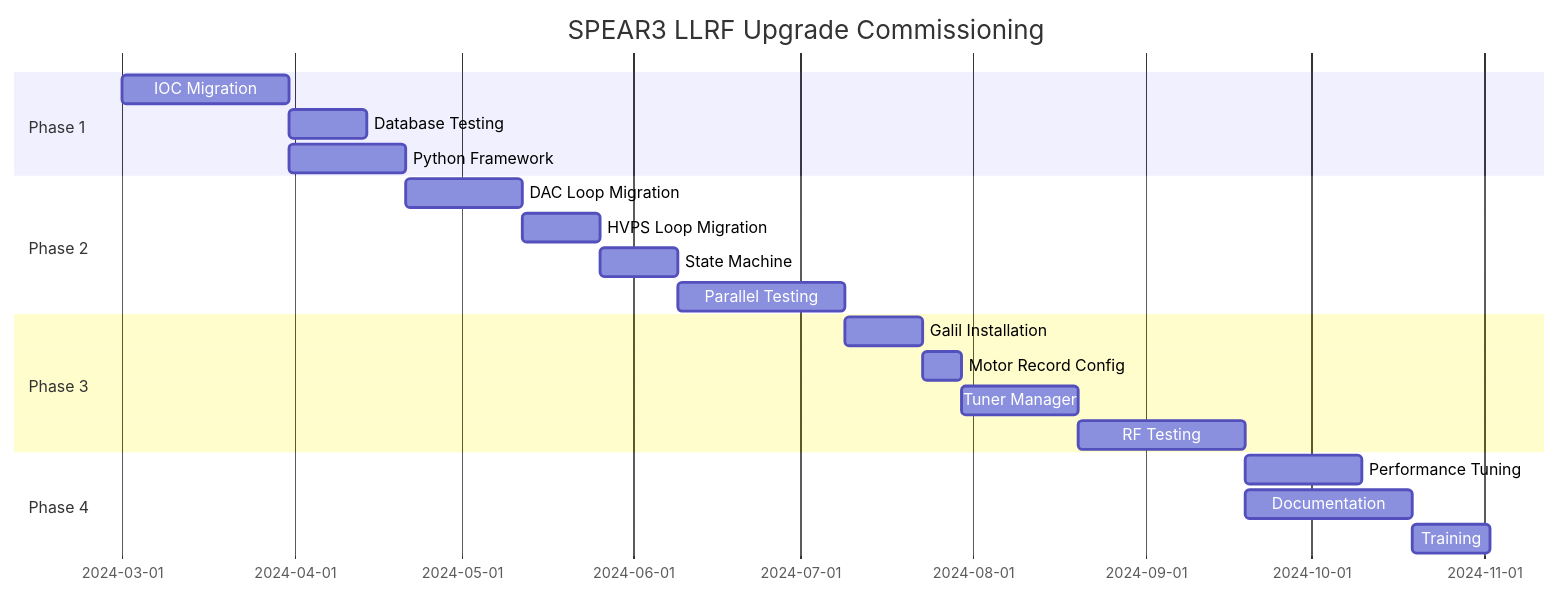
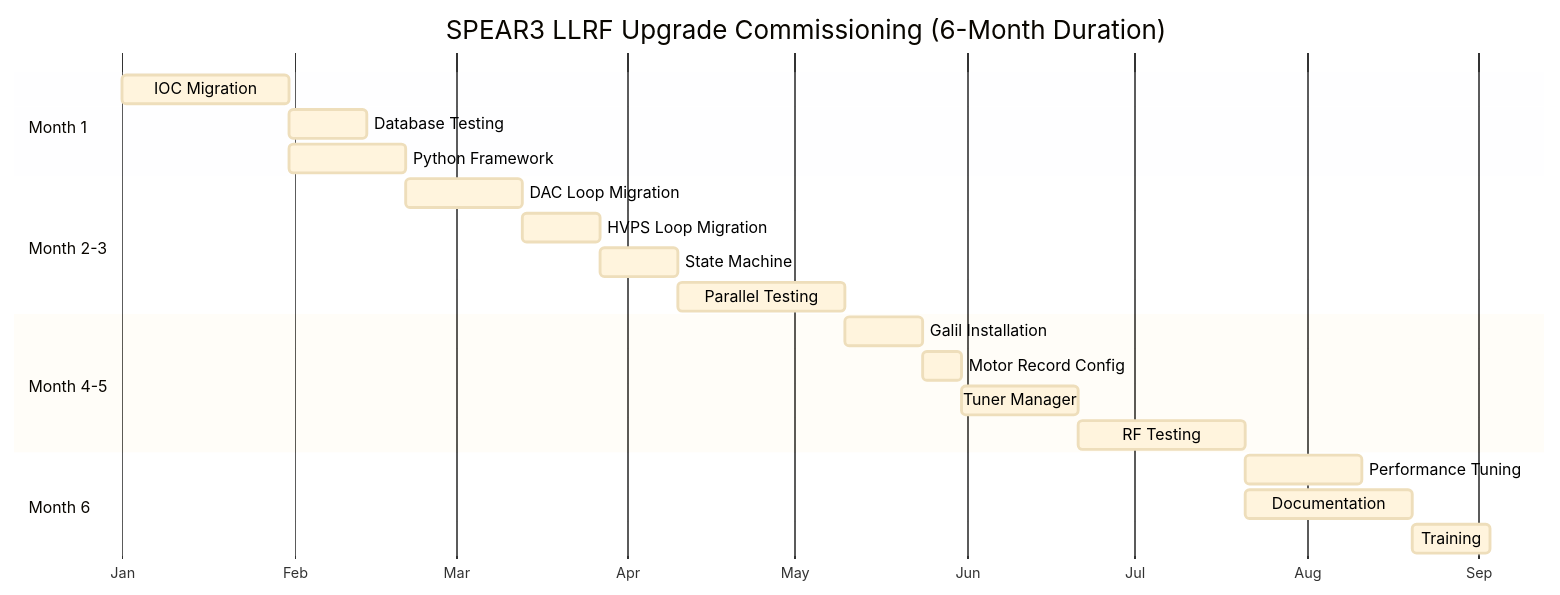
Diagram 18 of 18 in SPEAR3_LLRF_COMPREHENSIVE_ANALYSIS.md (fayaw/spearlegacyLLRF), drawn with Mermaid before and after one commit. The commit also changed other lines of this file, not shown here.

First line of the commit message:
Enhance diagram readability: larger fonts, better formatting, fix title blocking

````diff
--- a/SPEAR3_LLRF_COMPREHENSIVE_ANALYSIS.md
+++ b/SPEAR3_LLRF_COMPREHENSIVE_ANALYSIS.md
@@ -1196,26 +1196,28 @@
 ```mermaid
+%%{init: {'theme':'base', 'themeVariables': {'fontSize': '14px', 'fontFamily': 'Arial', 'primaryTextColor': '#000000'}}}%%
 gantt
- title SPEAR3 LLRF Upgrade Commissioning
+ title SPEAR3 LLRF Upgrade Commissioning (6-Month Duration)
  dateFormat YYYY-MM-DD
- section Phase 1
- IOC Migration :p1a, 2024-03-01, 30d
+ axisFormat %b
+ section Month 1
+ IOC Migration :p1a, 2024-01-01, 30d
  Database Testing :p1b, after p1a, 14d
  Python Framework :p1c, after p1a, 21d
  
- section Phase 2
+ section Month 2-3
  DAC Loop Migration :p2a, after p1c, 21d
  HVPS Loop Migration :p2b, after p2a, 14d
  State Machine :p2c, after p2b, 14d
  Parallel Testing :p2d, after p2c, 30d
  
- section Phase 3
+ section Month 4-5
  Galil Installation :p3a, after p2d, 14d
  Motor Record Config :p3b, after p3a, 7d
  Tuner Manager :p3c, after p3b, 21d
  RF Testing :p3d, after p3c, 30d
  
- section Phase 4
+ section Month 6
  Performance Tuning :p4a, after p3d, 21d
  Documentation :p4b, after p3d, 30d
  Training :p4c, after p4b, 14d
 ```
````
